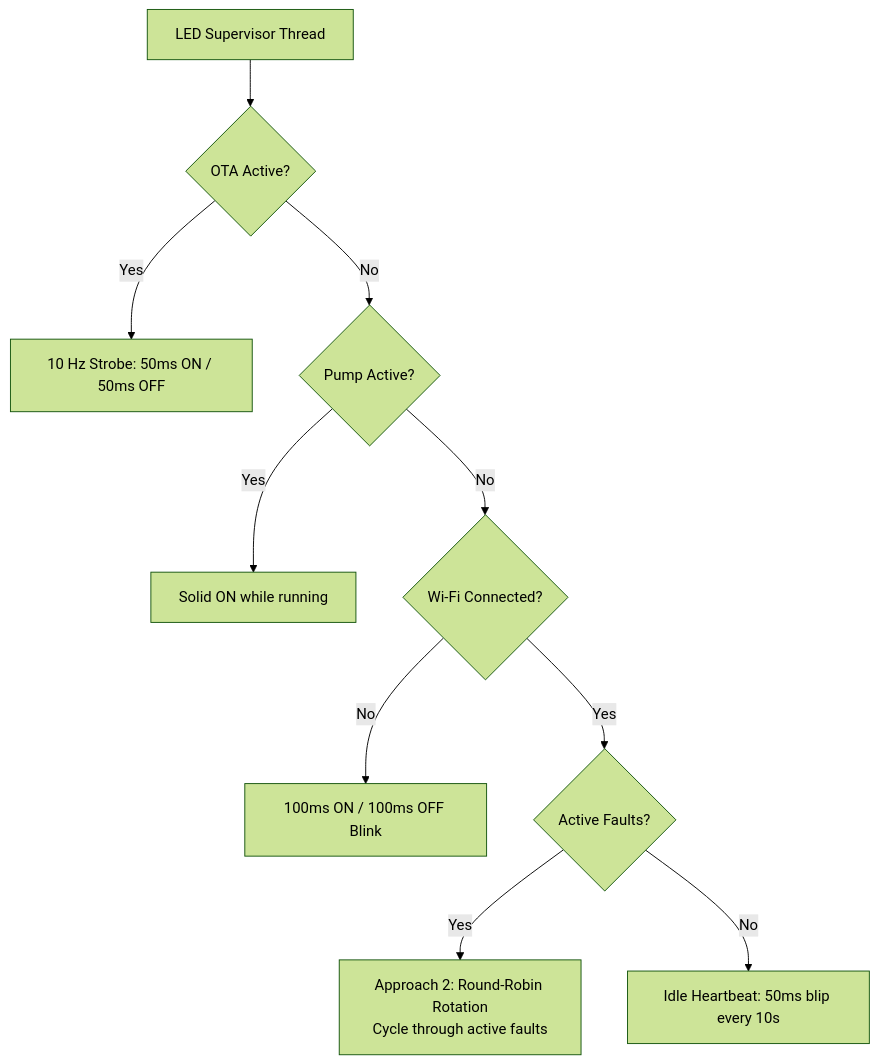
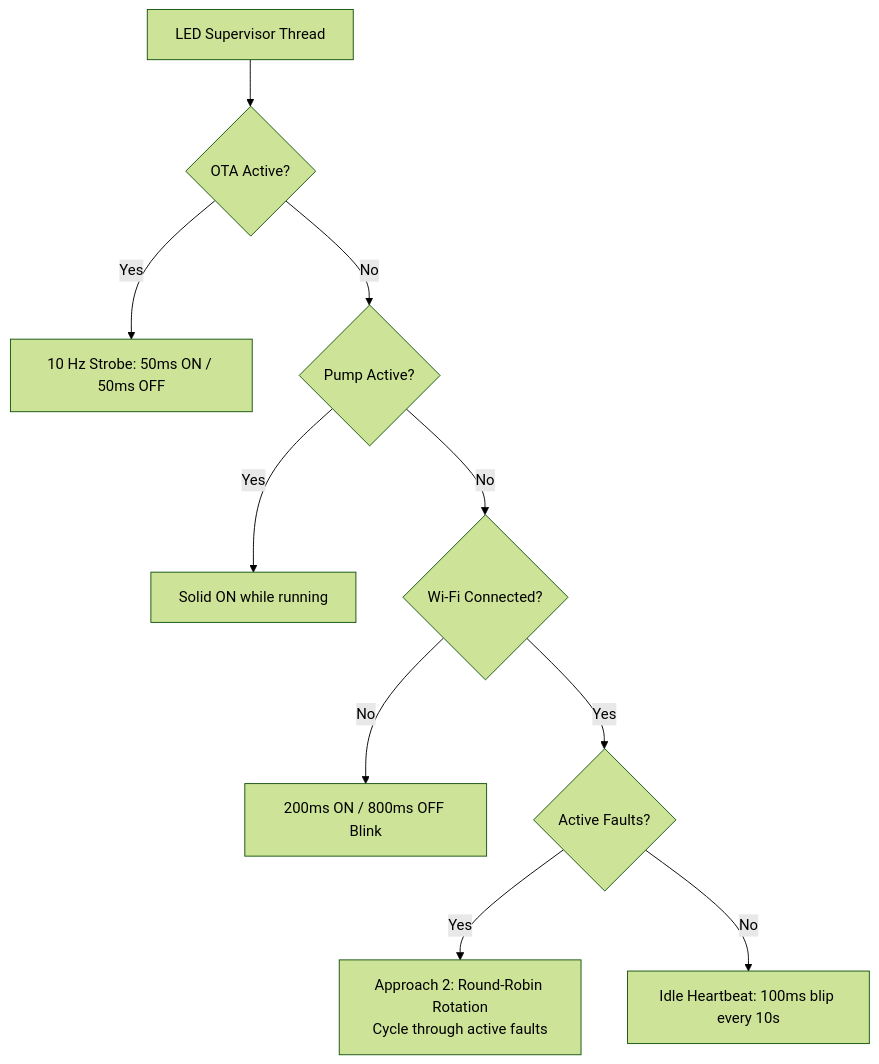
One commit to thomaslr/plant-esp32 changed the second of 2 diagrams in PROJECT.md. Above: the diagram before and after it, drawn with Mermaid (forest theme). The commit also changed other lines of this file and 7 other files, not shown here.

````diff
--- a/PROJECT.md
+++ b/PROJECT.md
@@ -148,12 +148,12 @@
 ```mermaid
 graph TD
     A[LED Supervisor Thread] --> B{OTA Active?}
     B -- Yes --> C[10 Hz Strobe: 50ms ON / 50ms OFF]
     B -- No --> D{Pump Active?}
     D -- Yes --> E[Solid ON while running]
     D -- No --> F{Wi-Fi Connected?}
-    F -- No --> G[100ms ON / 100ms OFF Blink]
+    F -- No --> G[200ms ON / 800ms OFF Blink]
     F -- Yes --> H{Active Faults?}
     H -- Yes --> I[Approach 2: Round-Robin Rotation<br/>Cycle through active faults]
-    H -- No --> J[Idle Heartbeat: 50ms blip every 10s]
+    H -- No --> J[Idle Heartbeat: 100ms blip every 10s]
 ```
````
